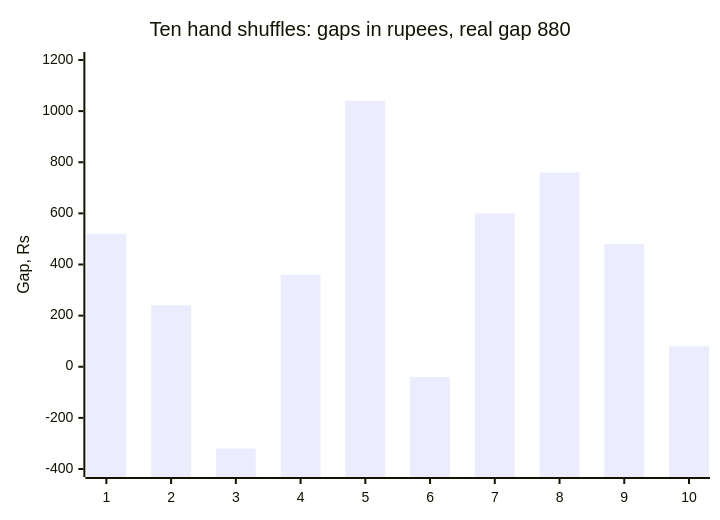
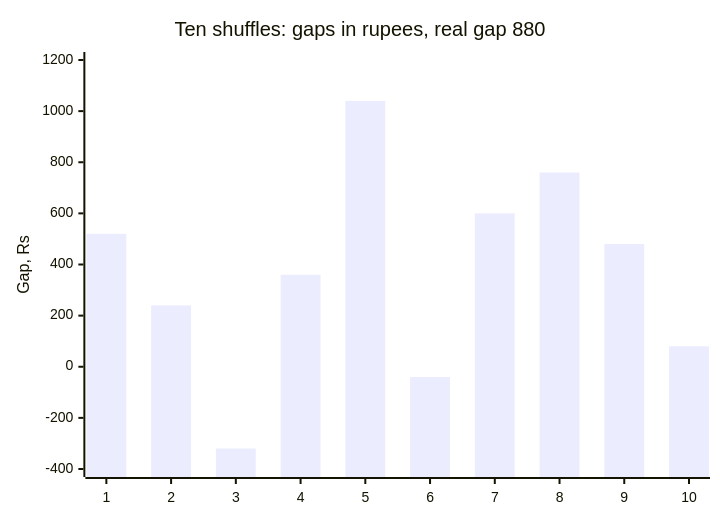
The fifth of 32 diagrams in content/W01/D4/slides/C2_W01_D04_half1_STUDENT.md (fde-academy-lab/c2-content-factory), drawn with Mermaid before and after one commit. The commit also changed other lines of this file and 13 other files, not shown here.

````diff
--- a/content/W01/D4/slides/C2_W01_D04_half1_STUDENT.md
+++ b/content/W01/D4/slides/C2_W01_D04_half1_STUDENT.md
@@ -229,7 +276,7 @@
 ```mermaid
 xychart-beta
-    title "Ten hand shuffles: gaps in rupees, real gap 880"
+    title "Ten shuffles: gaps in rupees, real gap 880"
     x-axis ["1", "2", "3", "4", "5", "6", "7", "8", "9", "10"]
     y-axis "Gap, Rs" -400 --> 1200
     bar [520, 240, -320, 360, 1040, -40, 600, 760, 480, 80]
 ```
````
